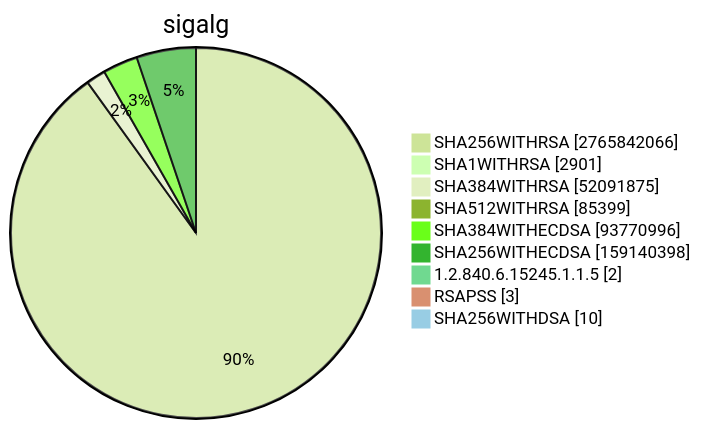
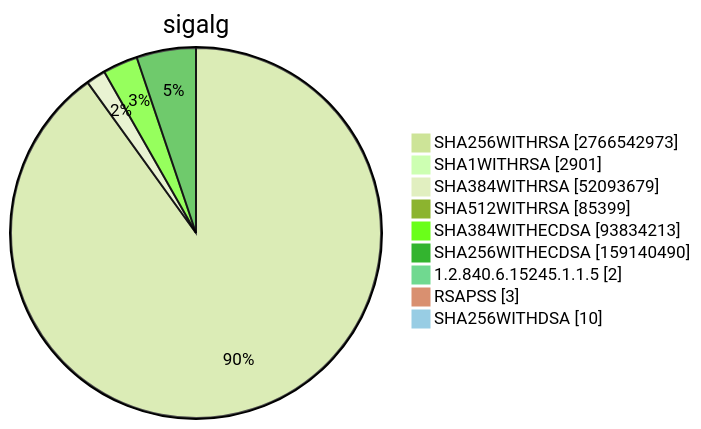
Diagram 15 of 15 in TOTAL/README.md (christiankrug/ctmonitor_visualization), drawn with Mermaid (forest theme) before and after one commit. The commit also changed other lines of this file, not shown here.

````diff
--- a/TOTAL/README.md
+++ b/TOTAL/README.md
@@ -6205,13 +6205,13 @@
 ```mermaid
 pie showData
 title sigalg
-"SHA256WITHRSA" :2765842066
+"SHA256WITHRSA" :2766542973
 "SHA1WITHRSA" :2901
-"SHA384WITHRSA" :52091875
+"SHA384WITHRSA" :52093679
 "SHA512WITHRSA" :85399
-"SHA384WITHECDSA" :93770996
-"SHA256WITHECDSA" :159140398
+"SHA384WITHECDSA" :93834213
+"SHA256WITHECDSA" :159140490
 "1.2.840.6.15245.1.1.5" :2
 "RSAPSS" :3
 "SHA256WITHDSA" :10
 ```
````
